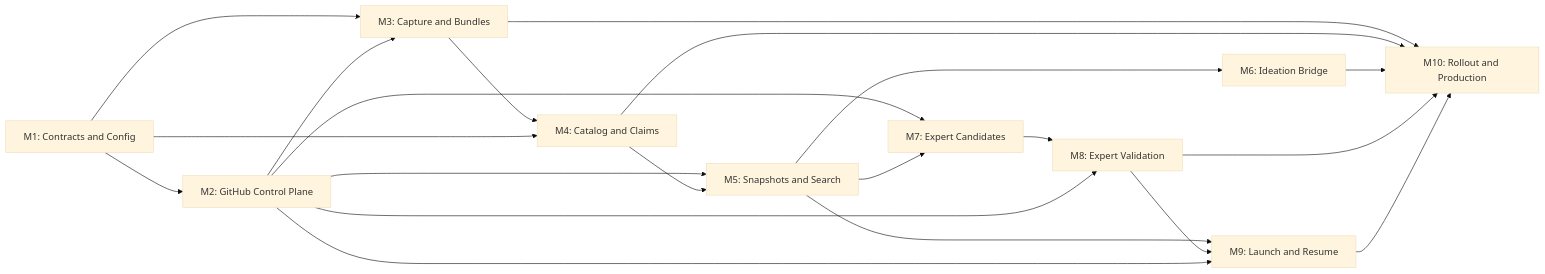
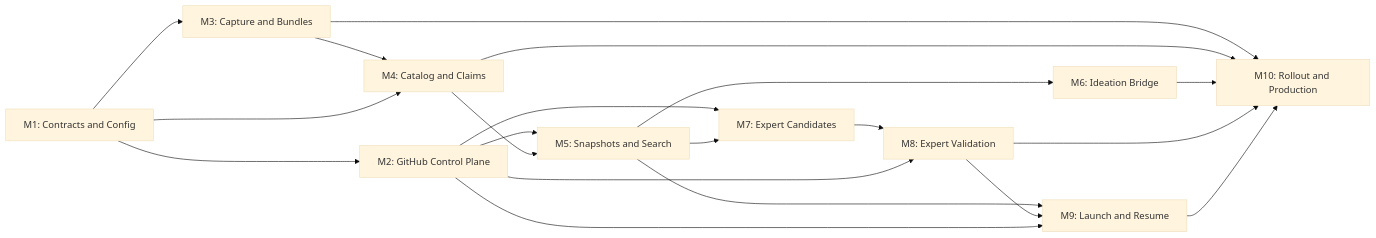
Before and after one commit to Leeroo-AI/kapso: the first of 2 diagrams in docs/research/cross-run-knowledge-implementation/00-orchestrator-plan.md, drawn with Mermaid (base theme). The commit also changed other lines of this file and 20 other files, not shown here.

````diff
--- a/docs/research/cross-run-knowledge-implementation/00-orchestrator-plan.md
+++ b/docs/research/cross-run-knowledge-implementation/00-orchestrator-plan.md
@@ -59,34 +59,33 @@
 ```mermaid
 flowchart LR
     M1["M1: Contracts and Config"]
     M2["M2: GitHub Control Plane"]
     M3["M3: Capture and Bundles"]
     M4["M4: Catalog and Claims"]
     M5["M5: Snapshots and Search"]
     M6["M6: Ideation Bridge"]
     M7["M7: Expert Candidates"]
     M8["M8: Expert Validation"]
     M9["M9: Launch and Resume"]
     M10["M10: Rollout and Production"]
 
     M1 --> M2
     M1 --> M3
-    M2 --> M3
     M3 --> M4
     M1 --> M4
     M2 --> M5
     M4 --> M5
     M5 --> M6
     M2 --> M7
     M5 --> M7
     M7 --> M8
     M2 --> M8
     M5 --> M9
     M8 --> M9
     M2 --> M9
     M3 --> M10
     M4 --> M10
     M6 --> M10
     M8 --> M10
     M9 --> M10
 ```
````
